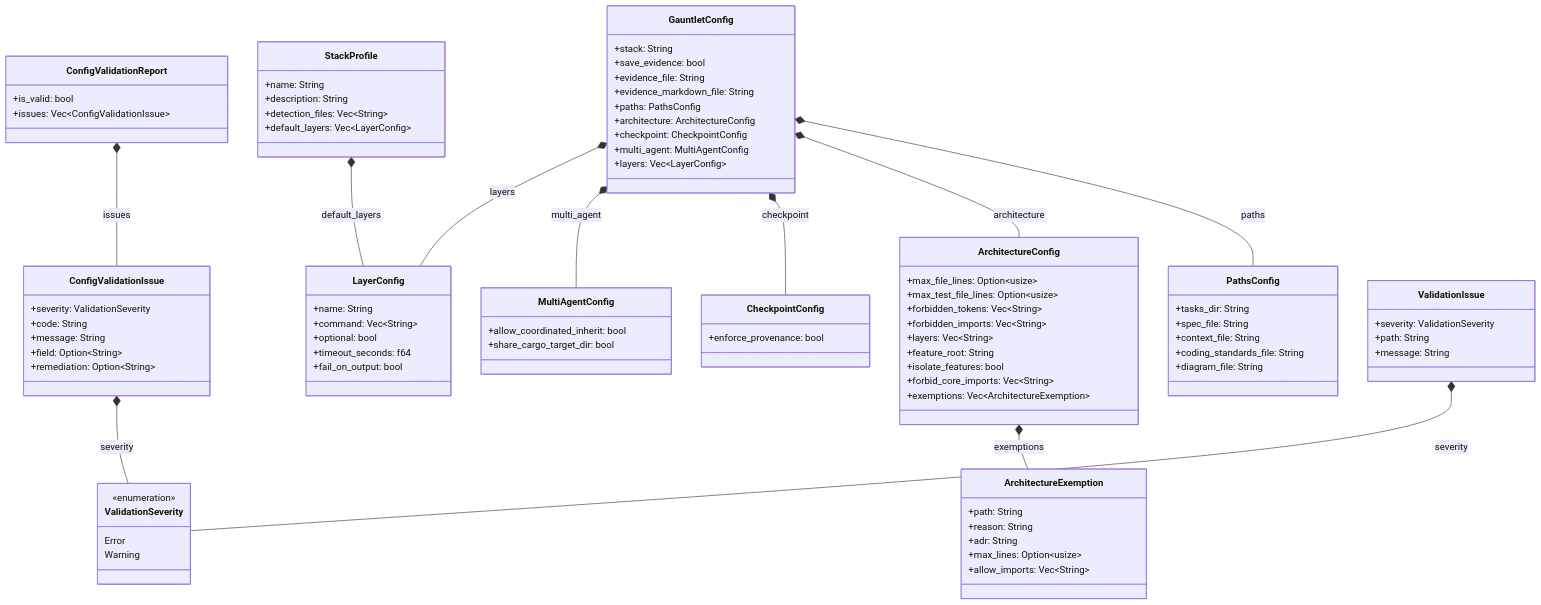
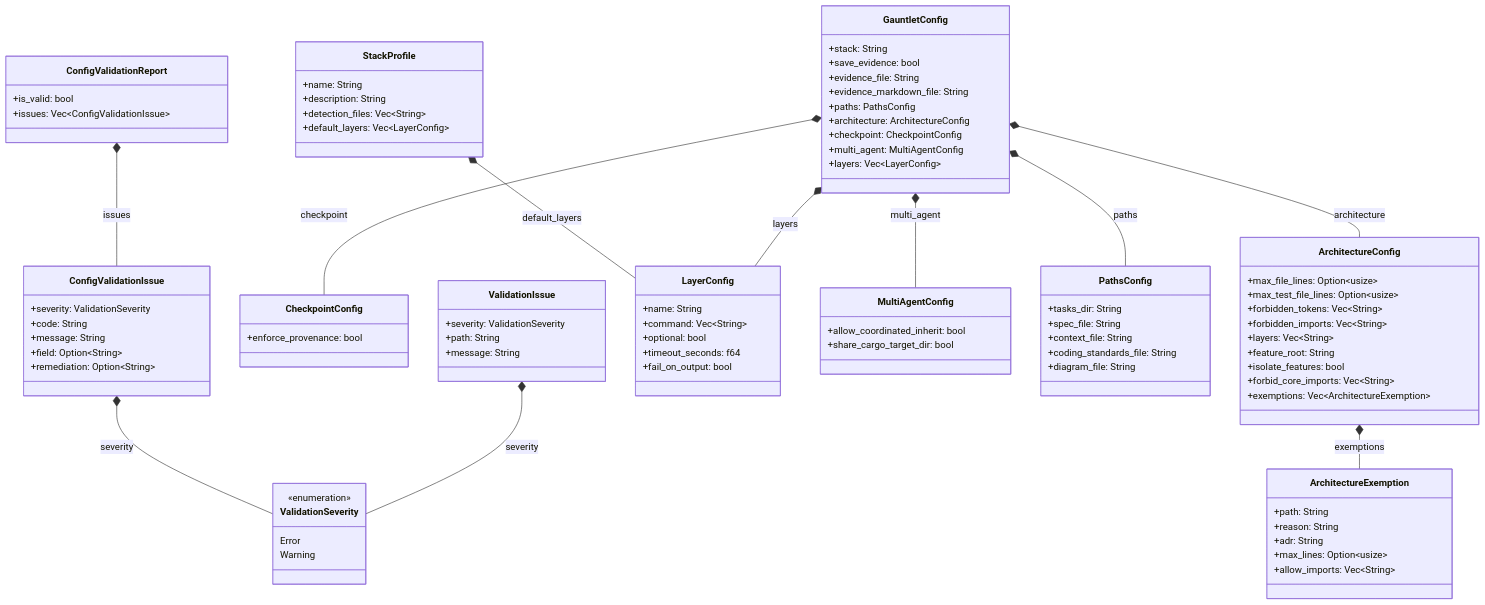
The diagram in docs/architecture/config.md (rolfmadsen/xgauntlet), drawn with Mermaid before and after one commit. The commit also changed other lines of this file and 28 other files, not shown here.

````diff
--- a/docs/architecture/config.md
+++ b/docs/architecture/config.md
@@ -101,14 +101,14 @@
         Warning
     }
 
+    ConfigValidationIssue *-- ValidationSeverity : severity
+    ConfigValidationReport *-- ConfigValidationIssue : issues
+    StackProfile *-- LayerConfig : default_layers
+    ArchitectureConfig *-- ArchitectureExemption : exemptions
     GauntletConfig *-- PathsConfig : paths
     GauntletConfig *-- ArchitectureConfig : architecture
     GauntletConfig *-- CheckpointConfig : checkpoint
     GauntletConfig *-- MultiAgentConfig : multi_agent
     GauntletConfig *-- LayerConfig : layers
-    StackProfile *-- LayerConfig : default_layers
-    ConfigValidationReport *-- ConfigValidationIssue : issues
     ValidationIssue *-- ValidationSeverity : severity
-    ConfigValidationIssue *-- ValidationSeverity : severity
-    ArchitectureConfig *-- ArchitectureExemption : exemptions
 ```
````
